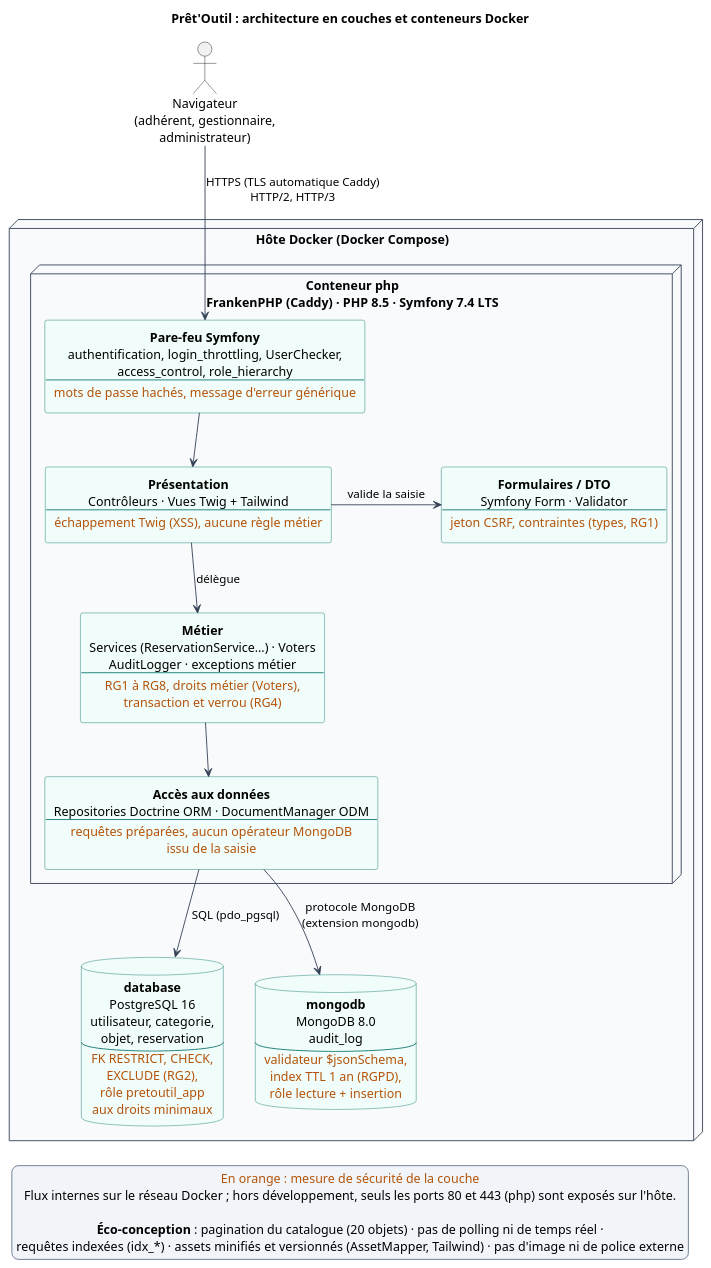
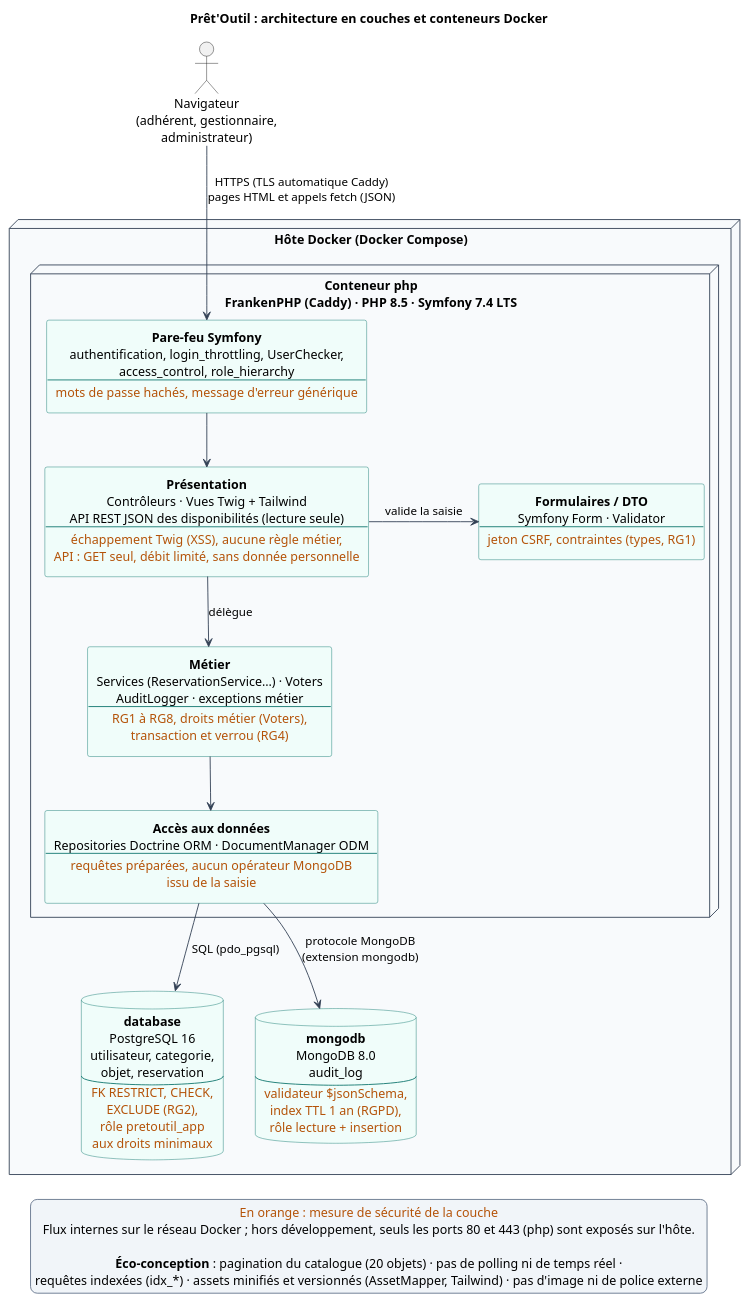
One commit to IamArayel/MSP2-PretOutil changed the diagram in docs/diagrammes/architecture.puml. Above: the diagram before and after it, drawn with PlantUML. The commit also changed 5 other files, not shown here.

First line of the commit message:
docs(api): documente l'API des disponibilités et l'ajoute au schéma d'architecture

```diff
--- a/docs/diagrammes/architecture.puml
+++ b/docs/diagrammes/architecture.puml
@@ -1,65 +1,65 @@
 @startuml architecture
 ' Prêt'Outil : architecture multicouche répartie (ticket #8)
 ' Régénérer : plantuml -tsvg docs/diagrammes/architecture.puml
 '             puis rsvg-convert -b white -z 1.5 docs/diagrammes/architecture.svg -o docs/diagrammes/architecture.png
 title Prêt'Outil : architecture en couches et conteneurs Docker
 
 skinparam backgroundColor #FFFFFF
 skinparam shadowing false
 skinparam defaultFontName Helvetica
 skinparam defaultTextAlignment center
 skinparam ArrowColor #334155
 skinparam rectangle {
   BorderColor #0F766E
   BackgroundColor #F0FDFA
 }
 skinparam node {
   BorderColor #334155
   BackgroundColor #F8FAFC
 }
 skinparam database {
   BorderColor #0F766E
   BackgroundColor #F0FDFA
 }
 skinparam note {
   BackgroundColor #FFFBEB
   BorderColor #D97706
 }
 skinparam legend {
   BackgroundColor #F1F5F9
   BorderColor #64748B
 }
 
 actor "Navigateur\n(adhérent, gestionnaire,\nadministrateur)" as nav
 
 node "Hôte Docker (Docker Compose)" as hote {
 
   node "Conteneur php\nFrankenPHP (Caddy) · PHP 8.5 · Symfony 7.4 LTS" as php {
     rectangle "**Pare-feu Symfony**\nauthentification, login_throttling, UserChecker,\naccess_control, role_hierarchy\n----\n<color:#B45309>mots de passe hachés, message d'erreur générique</color>" as secu
-    rectangle "**Présentation**\nContrôleurs · Vues Twig + Tailwind\n----\n<color:#B45309>échappement Twig (XSS), aucune règle métier</color>" as presentation
+    rectangle "**Présentation**\nContrôleurs · Vues Twig + Tailwind\nAPI REST JSON des disponibilités (lecture seule)\n----\n<color:#B45309>échappement Twig (XSS), aucune règle métier,</color>\n<color:#B45309>API : GET seul, débit limité, sans donnée personnelle</color>" as presentation
     rectangle "**Formulaires / DTO**\nSymfony Form · Validator\n----\n<color:#B45309>jeton CSRF, contraintes (types, RG1)</color>" as forms
     rectangle "**Métier**\nServices (ReservationService…) · Voters\nAuditLogger · exceptions métier\n----\n<color:#B45309>RG1 à RG8, droits métier (Voters),</color>\n<color:#B45309>transaction et verrou (RG4)</color>" as metier
     rectangle "**Accès aux données**\nRepositories Doctrine ORM · DocumentManager ODM\n----\n<color:#B45309>requêtes préparées, aucun opérateur MongoDB</color>\n<color:#B45309>issu de la saisie</color>" as donnees
   }
 
   database "**database**\nPostgreSQL 16\nutilisateur, categorie,\nobjet, reservation\n----\n<color:#B45309>FK RESTRICT, CHECK,</color>\n<color:#B45309>EXCLUDE (RG2),</color>\n<color:#B45309>rôle pretoutil_app</color>\n<color:#B45309>aux droits minimaux</color>" as pg
   database "**mongodb**\nMongoDB 8.0\naudit_log\n----\n<color:#B45309>validateur $jsonSchema,</color>\n<color:#B45309>index TTL 1 an (RGPD),</color>\n<color:#B45309>rôle lecture + insertion</color>" as mongo
 }
 
-nav --> secu : HTTPS (TLS automatique Caddy)\nHTTP/2, HTTP/3
+nav --> secu : HTTPS (TLS automatique Caddy)\npages HTML et appels fetch (JSON)
 secu --> presentation
 presentation -right-> forms : valide la saisie
 presentation --> metier : délègue
 metier --> donnees
 donnees --> pg : SQL (pdo_pgsql)
 donnees --> mongo : protocole MongoDB\n(extension mongodb)
 
 legend bottom
   <color:#B45309>En orange : mesure de sécurité de la couche</color>
   Flux internes sur le réseau Docker ; hors développement, seuls les ports 80 et 443 (php) sont exposés sur l'hôte.
 
   **Éco-conception** : pagination du catalogue (20 objets) · pas de polling ni de temps réel ·
   requêtes indexées (idx_*) · assets minifiés et versionnés (AssetMapper, Tailwind) · pas d'image ni de police externe
 endlegend
 
 @enduml
```
